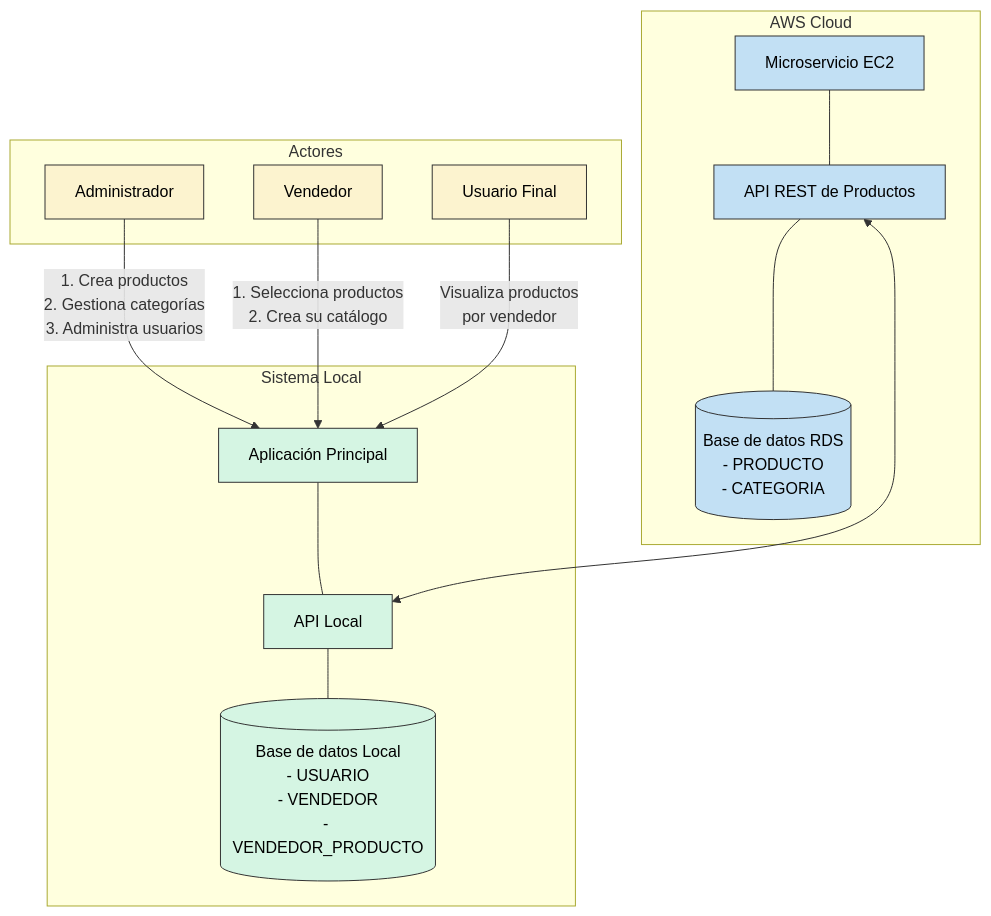
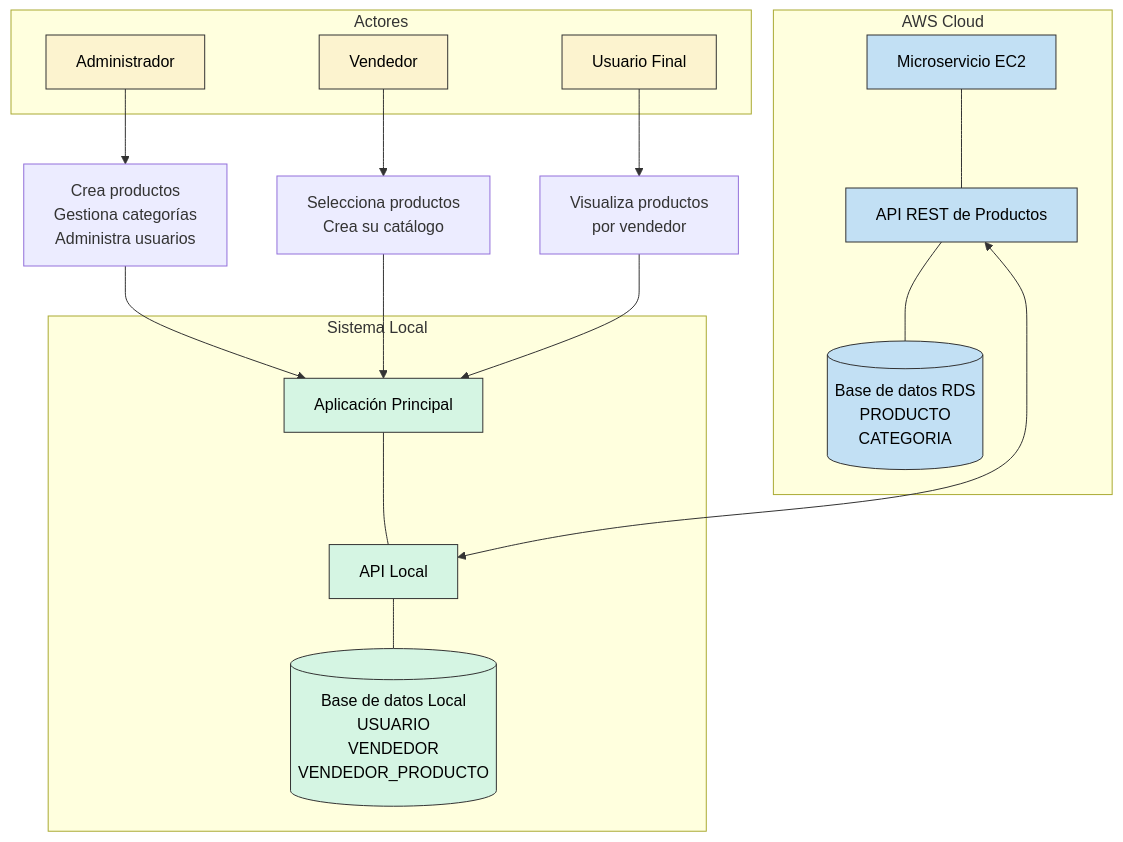
One commit to JeffersonD9/Aplicativo-Web---Mercadillo-Campesino changed the diagram in README.md. Above: the diagram before and after it, drawn with Mermaid.

````diff
--- a/README.md
+++ b/README.md
@@ -43,43 +43,51 @@
 ```mermaid
 flowchart TB
     subgraph "AWS Cloud"
         EC2[Microservicio EC2]
         API[API REST de Productos]
-        RDS[(Base de datos RDS<br>- PRODUCTO<br>- CATEGORIA)]
+        RDS[(Base de datos RDS<br>PRODUCTO<br>CATEGORIA)]
         EC2 --- API
         API --- RDS
     end
     
     subgraph "Sistema Local"
         APP[Aplicación Principal]
         APPI[API Local]
-        DB_LOCAL[(Base de datos Local<br>- USUARIO<br>- VENDEDOR<br>- VENDEDOR_PRODUCTO)]
+        DB_LOCAL[(Base de datos Local<br>USUARIO<br>VENDEDOR<br>VENDEDOR_PRODUCTO)]
         APP --- APPI
         APPI --- DB_LOCAL
     end
     
     %% Conexiones entre sistemas
     API <---> APPI
     
     subgraph "Actores"
         ADMIN[Administrador]
         VENDEDOR[Vendedor]
         CLIENTE[Usuario Final]
     end
     
     %% Flujos por rol
-    ADMIN -->|"1. Crea productos<br>2. Gestiona categorías<br>3. Administra usuarios"| APP
-    VENDEDOR -->|"1. Selecciona productos<br>2. Crea su catálogo"| APP
-    CLIENTE -->|"Visualiza productos<br>por vendedor"| APP
-    
+    ADMIN --> StepAdmin
+    StepAdmin["Crea productos<br>Gestiona categorías<br>Administra usuarios"]
+    StepAdmin --> APP
+
+    VENDEDOR --> StepVendor
+    StepVendor["Selecciona productos<br>Crea su catálogo"]
+    StepVendor --> APP
+
+    CLIENTE --> StepClient
+    StepClient["Visualiza productos<br>por vendedor"]
+    StepClient --> APP
+
     %% Estilos
     classDef cloud fill:#C2E0F4,stroke:#333,stroke-width:1px,color:#000000
     classDef local fill:#D5F5E3,stroke:#333,stroke-width:1px,color:#000000
     classDef users fill:#FCF3CF,stroke:#333,stroke-width:1px,color:#000000
-    
+
     class EC2,API,RDS cloud
     class APP,APPI,DB_LOCAL local
     class ADMIN,VENDEDOR,CLIENTE users
 
 
 ```
````
